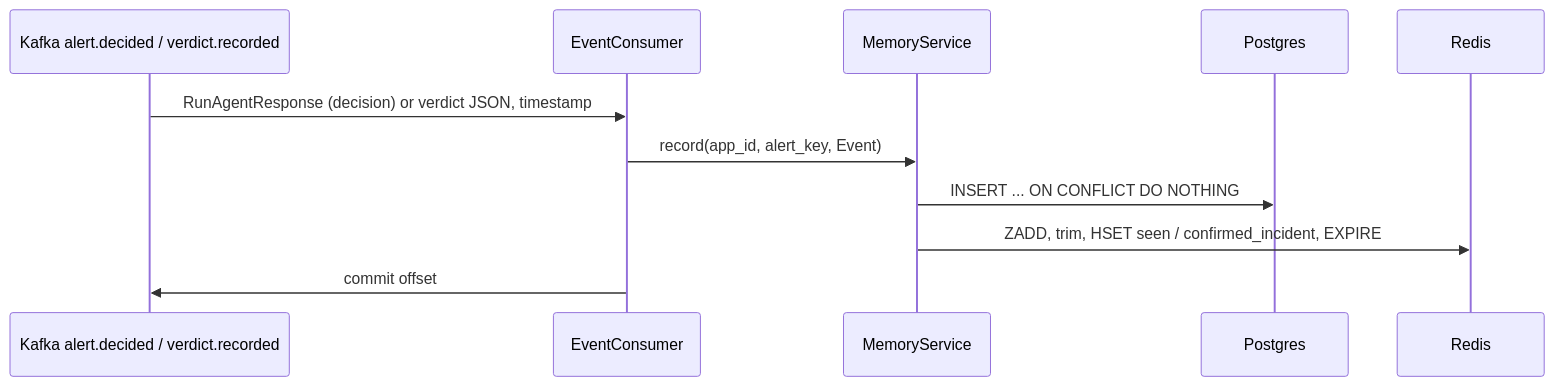
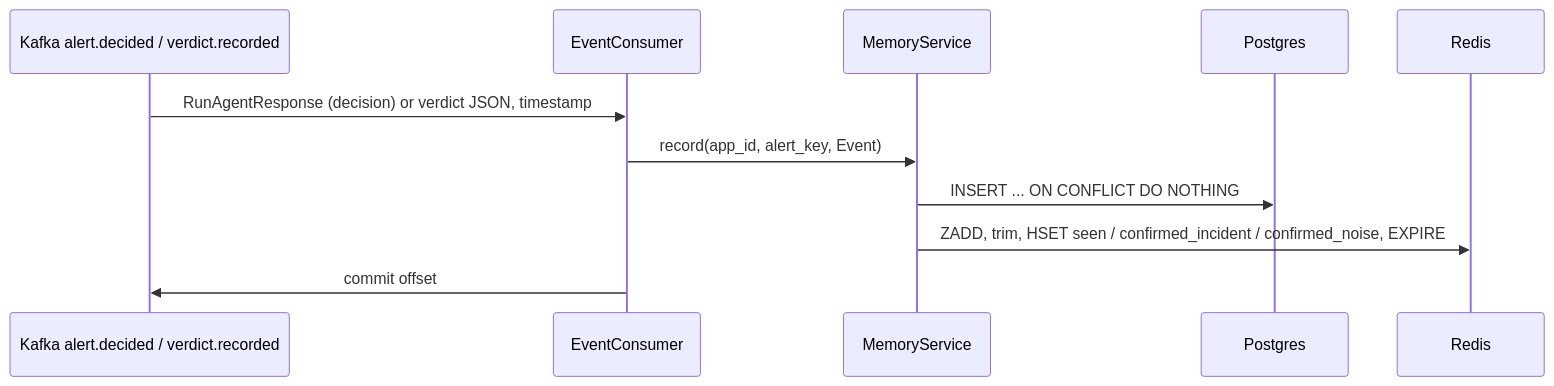
One commit to SrikanthArgp/agentic-platform changed the fourth of 4 diagrams in backend/services/memory-store/CLASS_DIAGRAM.md. Above: the diagram before and after it, drawn with Mermaid. The commit also changed other lines of this file and 39 other files, not shown here.

````diff
--- a/backend/services/memory-store/CLASS_DIAGRAM.md
+++ b/backend/services/memory-store/CLASS_DIAGRAM.md
@@ -352,13 +362,13 @@
 ```mermaid
 sequenceDiagram
     participant K as Kafka alert.decided / verdict.recorded
     participant C as EventConsumer
     participant S as MemoryService
     participant P as Postgres
     participant R as Redis
     K->>C: RunAgentResponse (decision) or verdict JSON, timestamp
     C->>S: record(app_id, alert_key, Event)
     S->>P: INSERT ... ON CONFLICT DO NOTHING
-    S->>R: ZADD, trim, HSET seen / confirmed_incident, EXPIRE
+    S->>R: ZADD, trim, HSET seen / confirmed_incident / confirmed_noise, EXPIRE
     C->>K: commit offset
 ```
````
